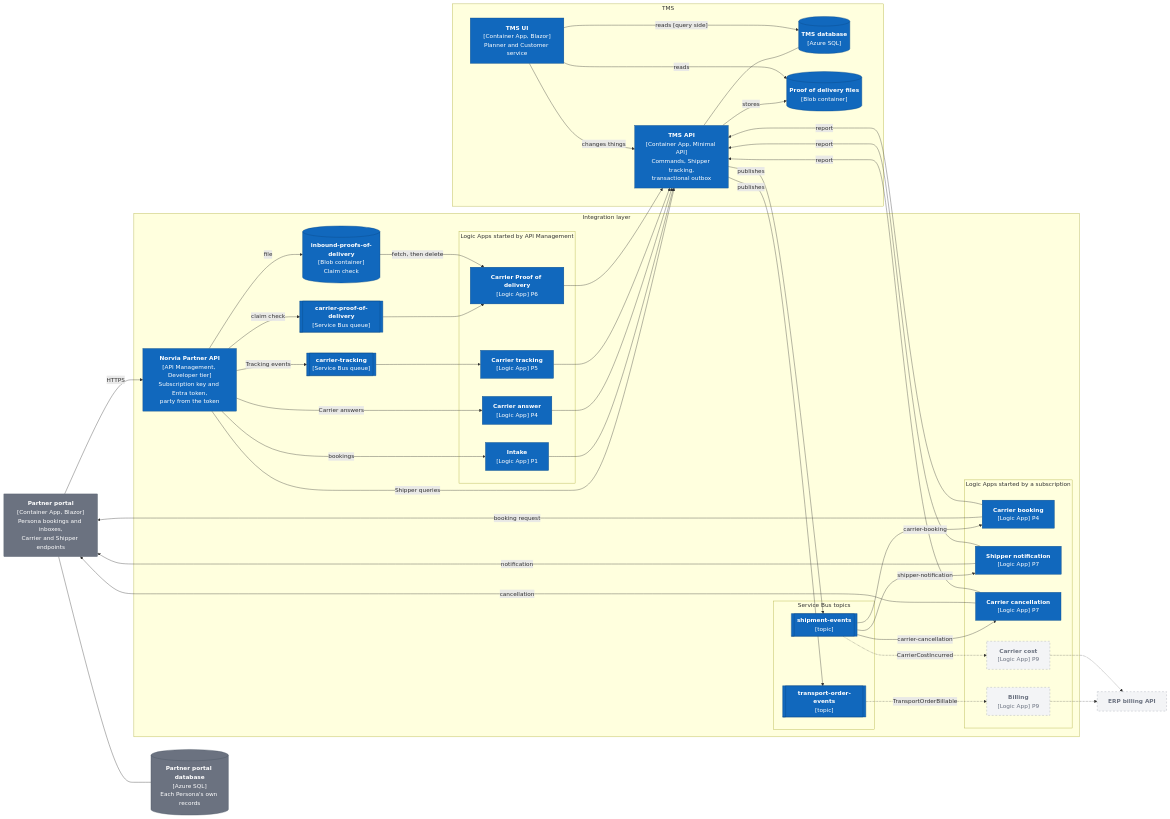
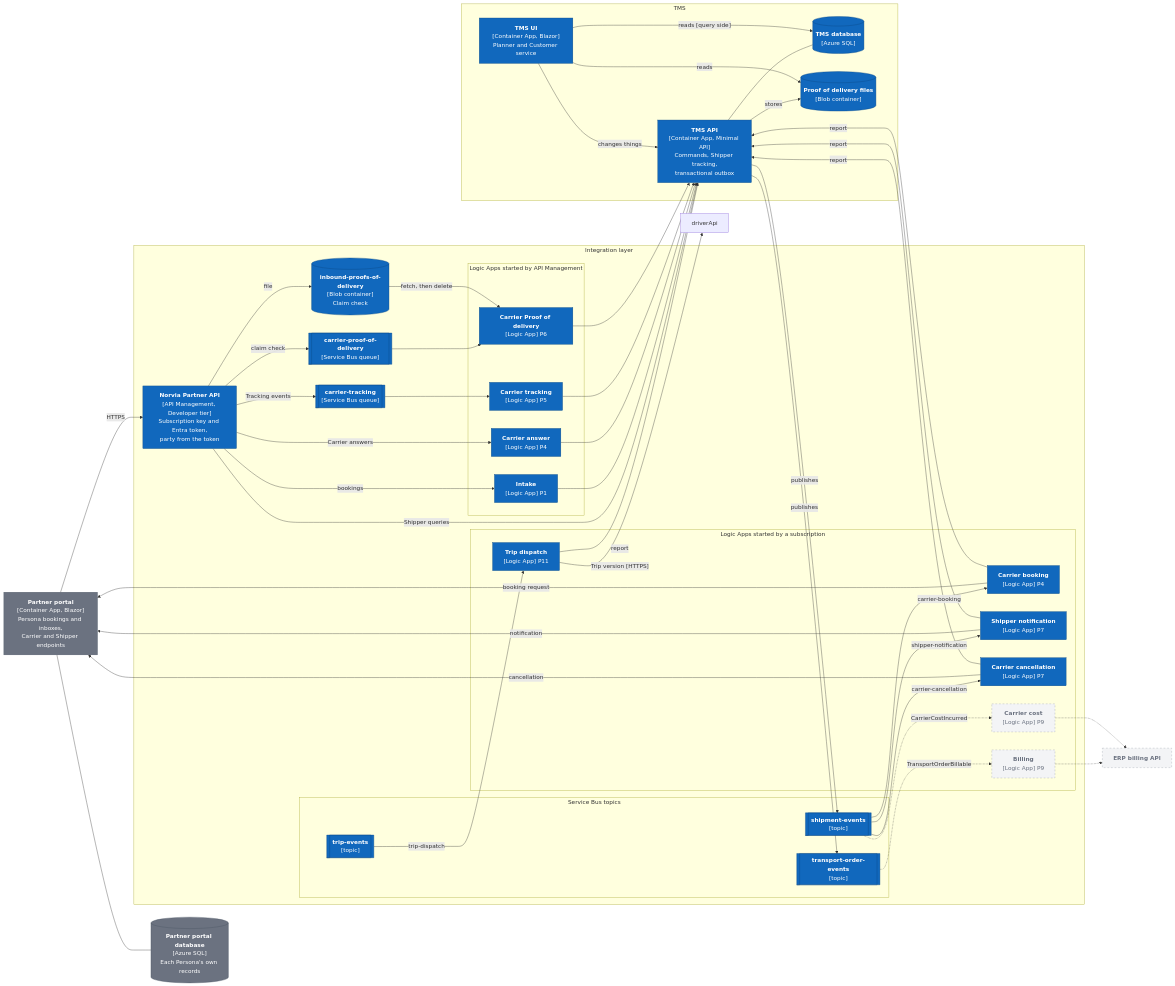
One commit to congruent-it/norvia-sandbox changed the third of 6 diagrams in docs/architecture/c4.md. Above: the diagram before and after it, drawn with Mermaid. The commit also changed other lines of this file and 52 other files, not shown here.

First line of the commit message:
Add the Trip dispatch Logic App, its Bicep and local worker (#299)

```diff
--- a/docs/architecture/c4.md
+++ b/docs/architecture/c4.md
@@ -107,12 +109,14 @@
         subgraph topics["Service Bus topics"]
             toTopic[["<b>transport-order-events</b><br/>[topic]"]]:::system
             shTopic[["<b>shipment-events</b><br/>[topic]"]]:::system
+            tripTopic[["<b>trip-events</b><br/>[topic]"]]:::system
         end
 
         subgraph outLas["Logic Apps started by a subscription"]
             booking["<b>Carrier booking</b><br/>[Logic App] P4"]:::system
             notify["<b>Shipper notification</b><br/>[Logic App] P7"]:::system
             cancel["<b>Carrier cancellation</b><br/>[Logic App] P7"]:::system
+            tripDispatch["<b>Trip dispatch</b><br/>[Logic App] P11"]:::system
             billing["<b>Billing</b><br/>[Logic App] P9"]:::planned
             cost["<b>Carrier cost</b><br/>[Logic App] P9"]:::planned
         end
@@ -156,12 +160,15 @@
     shTopic -- "carrier-booking" --> booking
     shTopic -- "shipper-notification" --> notify
     shTopic -- "carrier-cancellation" --> cancel
+    tripTopic -- "trip-dispatch" --> tripDispatch
+    tripDispatch -- "Trip version [HTTPS]" --> driverApi
     booking -- "booking request" --> portal
     notify -- "notification" --> portal
     cancel -- "cancellation" --> portal
     booking -- "report" --> tmsapi
     notify -- "report" --> tmsapi
     cancel -- "report" --> tmsapi
+    tripDispatch -- "report" --> tmsapi
 
     toTopic -. "TransportOrderBillable" .-> billing
     shTopic -. "CarrierCostIncurred" .-> cost
```
